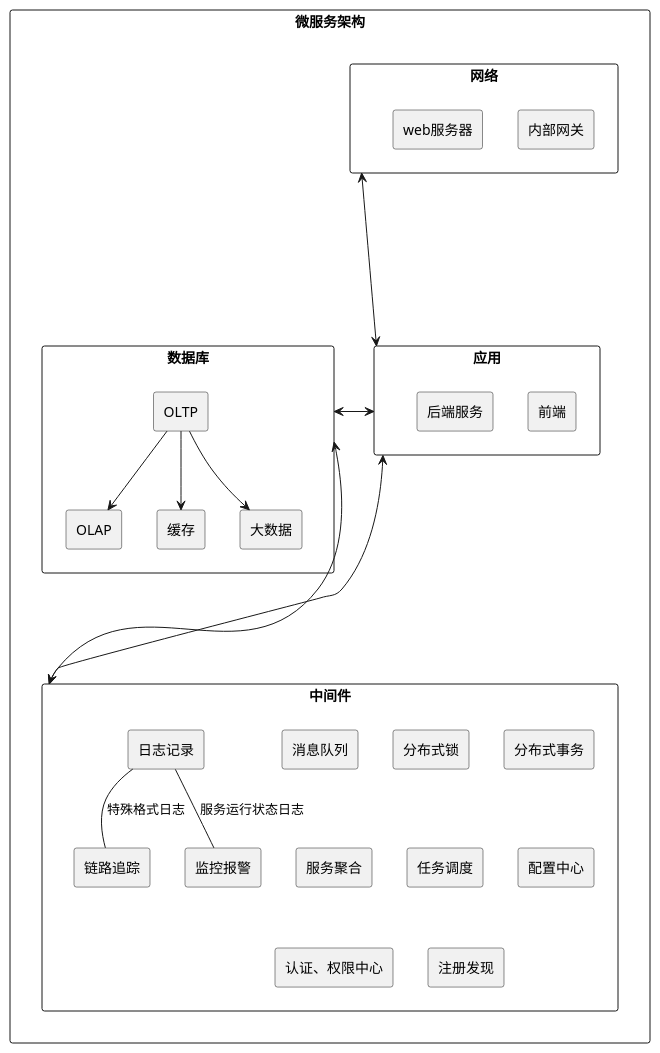
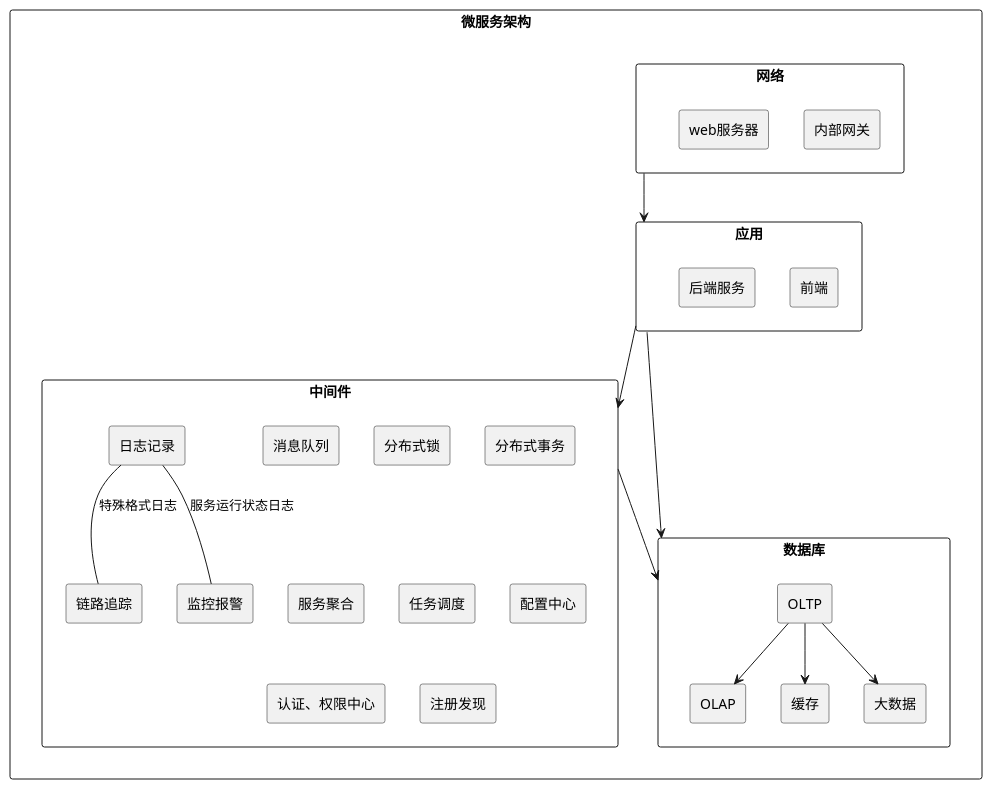
One commit to xiefei0826/document changed the first of 2 diagrams in 软件架构/微服务/架构.adoc. Above: the diagram before and after it, drawn with PlantUML. The commit also changed other lines of this file and 2 other files, not shown here.

Commit message:
交息

```diff
--- a/软件架构/微服务/架构.adoc
+++ b/软件架构/微服务/架构.adoc
@@ -4,41 +4,41 @@
 [plantuml]
 ....
 skinparam componentStyle rectangle
 component 微服务架构{
     component 网络 as network{
         [内部网关]
         [web服务器]
     }
     component 应用 as application{
         [前端]
         [后端服务]
     }
-    network <-down---> application
+    network --> application
     component 中间件 as middleware{
         [消息队列]
         [分布式锁]
         [分布式事务]
         [日志记录]
         [服务聚合]
         [任务调度]
         [链路追踪]
         [配置中心]
         [认证、权限中心]
         [注册发现]
         [日志记录] -- [链路追踪] : 特殊格式日志
         [日志记录] -- [监控报警] : 服务运行状态日志 
     }
-    middleware <-up---> application
+    application --> middleware
     component 数据库 as db{
         [OLAP] 
         [OLTP] 
         [缓存]
         [大数据]
         [OLTP] --> [OLAP]
         [OLTP] --> [缓存]
         [OLTP] --> [大数据]
     }
-    application <-left--> db
-    db <-down--> middleware
+    application --> db
+    middleware --> db
 }
 ....
```
